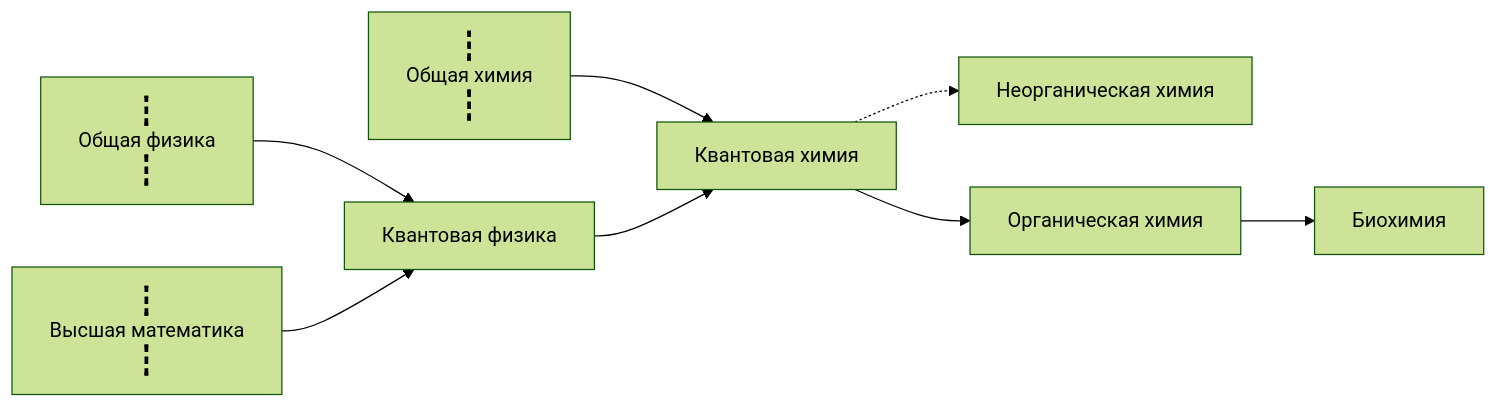
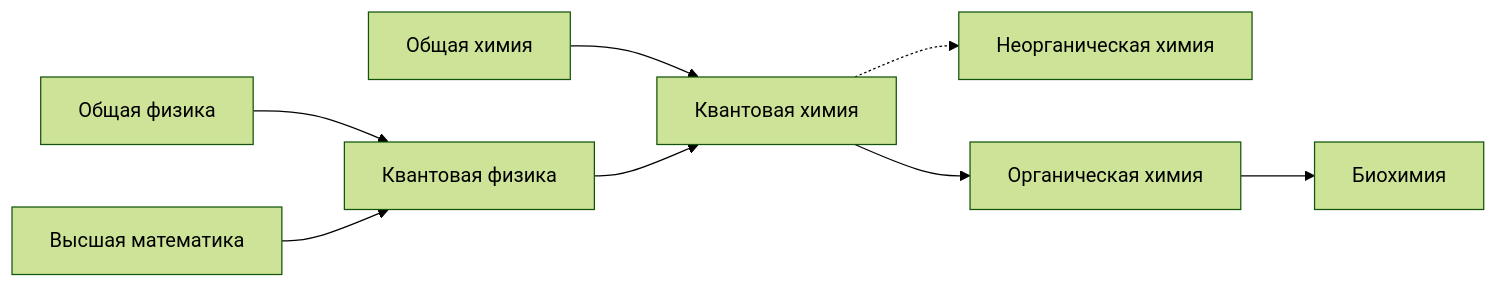
The diagram in learning-tracks.md (prozion/anti-aging-education), drawn with Mermaid (forest theme) before and after one commit.

````diff
--- a/learning-tracks.md
+++ b/learning-tracks.md
@@ -7,21 +7,21 @@
 ```mermaid
 flowchart LR;
     Mgen[Высшая математика]:::cond;
     Phgen[Общая физика]:::cond;
     Phq[Квантовая физика];
     Chgen[Общая химия]:::cond;
     Chnorg[Неорганическая химия];
     Chorg[Органическая химия];
     Chq[Квантовая химия];
     Bioch[Биохимия];
 
     Chgen --> Chq --> Chorg --> Bioch;
     Chq -.-> Chnorg;
     Phgen --> Phq --> Chq;
     Mgen --> Phq;
 
-    classDef cond border:dashed;
+    classDef cond stroke:dashed;
 
     click Chorg "https://github.com/prozion/anti-aging-education/#органическая-химия" _blank
     click Chq "https://github.com/prozion/anti-aging-education/#квантовая-химия" _blank
 ```
````
